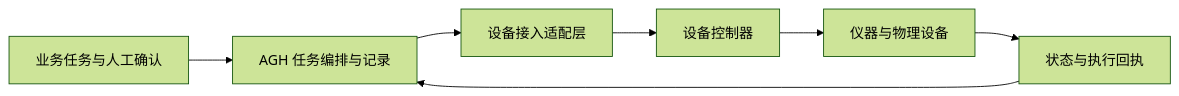
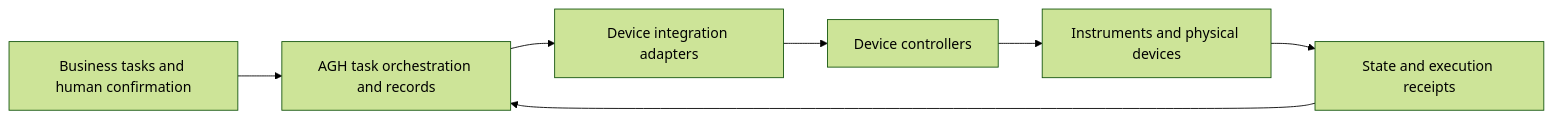
One commit to AgnesAI-Labs/agnes-harness changed the diagram in docs/guide/mhs.md. Above: the diagram before and after it, drawn with Mermaid (forest theme). The commit also changed other lines of this file and 73 other files, not shown here.

````diff
--- a/docs/guide/mhs.md
+++ b/docs/guide/mhs.md
@@ -15,9 +21,9 @@
 ```mermaid
 flowchart LR
-  Task[业务任务与人工确认] --> AGH[AGH 任务编排与记录]
-  AGH --> Adapter[设备接入适配层]
-  Adapter --> Controller[设备控制器]
-  Controller --> Device[仪器与物理设备]
-  Device --> Receipt[状态与执行回执]
+  Task[Business tasks and human confirmation] --> AGH[AGH task orchestration and records]
+  AGH --> Adapter[Device integration adapters]
+  Adapter --> Controller[Device controllers]
+  Controller --> Device[Instruments and physical devices]
+  Device --> Receipt[State and execution receipts]
   Receipt --> AGH
 ```
````
